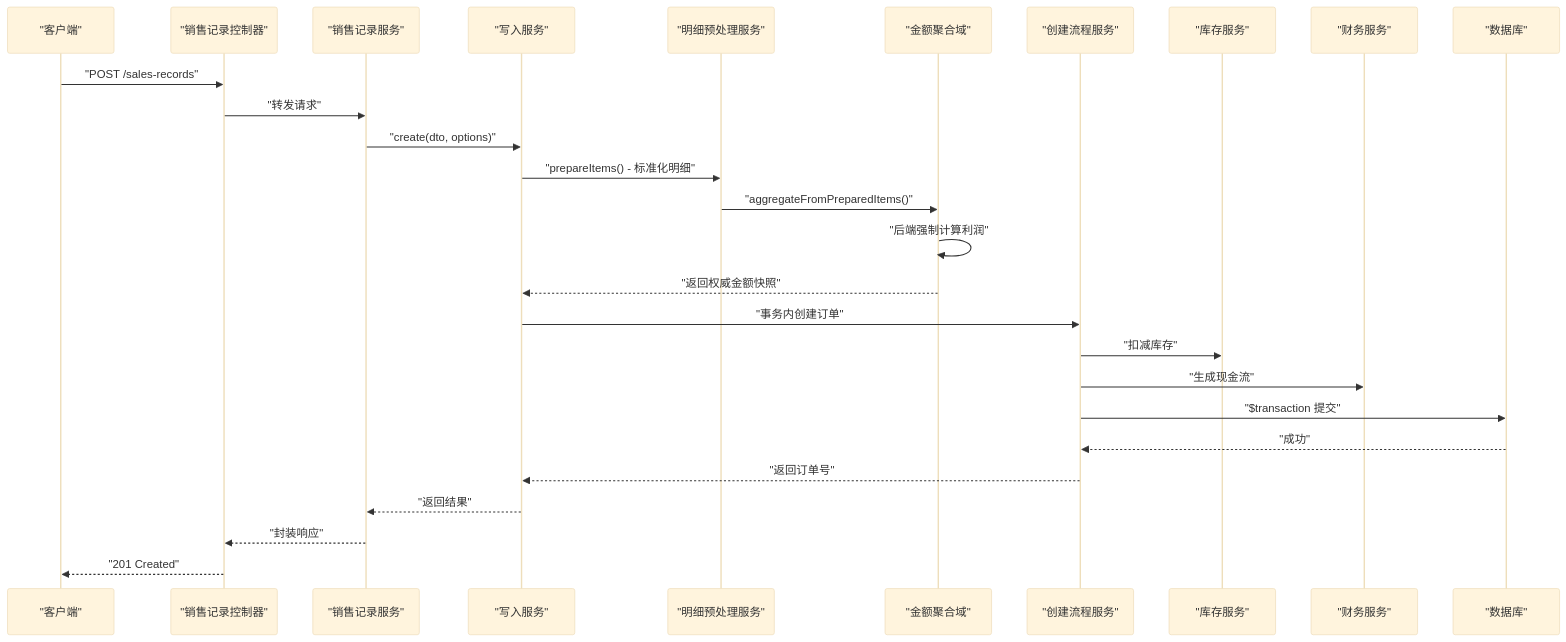
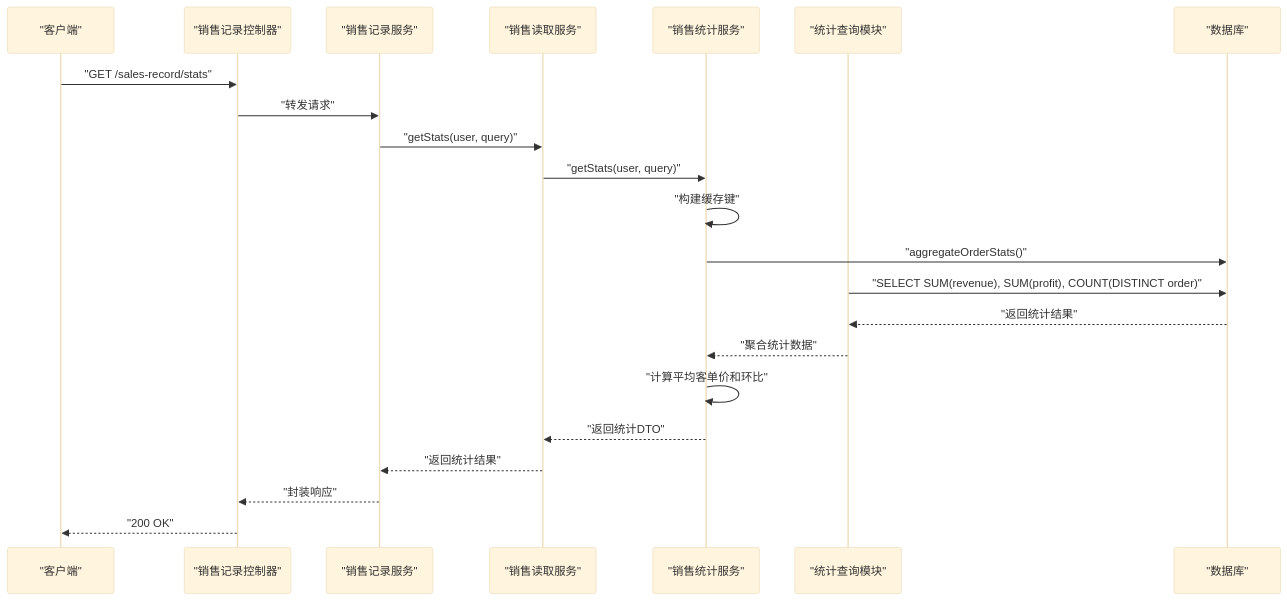
The second of 6 diagrams in .qoder/repowiki/zh/content/业务模块/运营管理模块/销售管理.md (rc558620/purelyprofit-server), drawn with Mermaid (base theme) before and after one commit. The commit also changed other lines of this file and 30 other files, not shown here.

````diff
--- a/.qoder/repowiki/zh/content/业务模块/运营管理模块/销售管理.md
+++ b/.qoder/repowiki/zh/content/业务模块/运营管理模块/销售管理.md
@@ -166,29 +176,24 @@
 ```mermaid
 sequenceDiagram
 participant C as "客户端"
 participant CTRL as "销售记录控制器"
 participant SVC as "销售记录服务"
-participant W as "写入服务"
-participant PREP as "明细预处理服务"
-participant AMOUNTS as "金额聚合域"
-participant FLOW as "创建流程服务"
-participant INV as "库存服务"
-participant FIN as "财务服务"
+participant READ as "销售读取服务"
+participant STATS as "销售统计服务"
+participant QUERY as "统计查询模块"
 participant DB as "数据库"
-C->>CTRL : "POST /sales-records"
+C->>CTRL : "GET /sales-record/stats"
 CTRL->>SVC : "转发请求"
-SVC->>W : "create(dto, options)"
-W->>PREP : "prepareItems() - 标准化明细"
-PREP->>AMOUNTS : "aggregateFromPreparedItems()"
-AMOUNTS->>AMOUNTS : "后端强制计算利润"
-AMOUNTS-->>W : "返回权威金额快照"
-W->>FLOW : "事务内创建订单"
-FLOW->>INV : "扣减库存"
-FLOW->>FIN : "生成现金流"
-FLOW->>DB : "$transaction 提交"
-DB-->>FLOW : "成功"
-FLOW-->>W : "返回订单号"
-W-->>SVC : "返回结果"
+SVC->>READ : "getStats(user, query)"
+READ->>STATS : "getStats(user, query)"
+STATS->>STATS : "构建缓存键"
+STATS->>DB : "aggregateOrderStats()"
+QUERY->>DB : "SELECT SUM(revenue), SUM(profit), COUNT(DISTINCT order)"
+DB-->>QUERY : "返回统计结果"
+QUERY-->>STATS : "聚合统计数据"
+STATS->>STATS : "计算平均客单价和环比"
+STATS-->>READ : "返回统计DTO"
+READ-->>SVC : "返回统计结果"
 SVC-->>CTRL : "封装响应"
-CTRL-->>C : "201 Created"
+CTRL-->>C : "200 OK"
 ```
````
